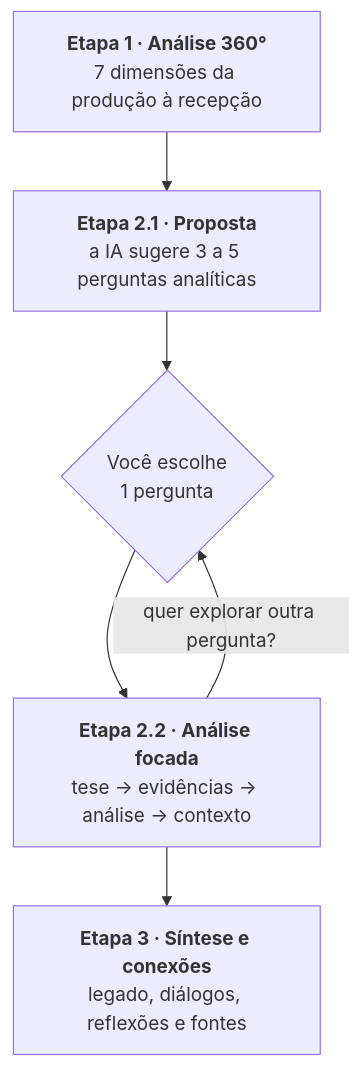
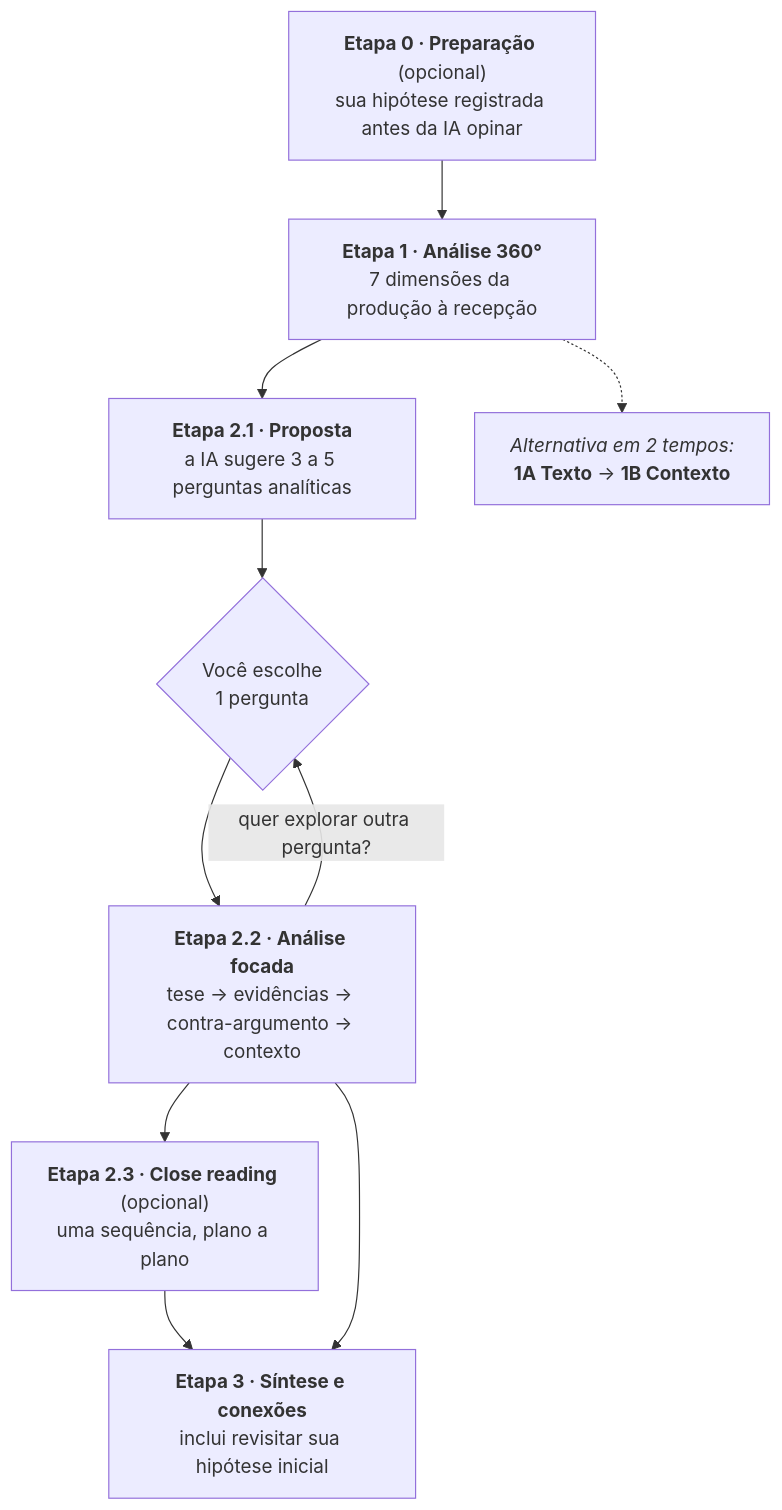
One commit to LucasRangel89/fluxo changed the diagram in docs/fluxo.md. Above: the diagram before and after it, drawn with Mermaid. The commit also changed other lines of this file and 29 other files, not shown here.

````diff
--- a/docs/fluxo.md
+++ b/docs/fluxo.md
@@ -14,8 +15,12 @@
 ```mermaid
 flowchart TD
-    A["<b>Etapa 1 · Análise 360°</b><br/>7 dimensões da produção à recepção"] --> B["<b>Etapa 2.1 · Proposta</b><br/>a IA sugere 3 a 5 perguntas analíticas"]
+    Z["<b>Etapa 0 · Preparação</b> (opcional)<br/>sua hipótese registrada antes da IA opinar"] --> A["<b>Etapa 1 · Análise 360°</b><br/>7 dimensões da produção à recepção"]
+    A --> B["<b>Etapa 2.1 · Proposta</b><br/>a IA sugere 3 a 5 perguntas analíticas"]
+    A -.-> A1["<i>Alternativa em 2 tempos:</i><br/><b>1A Texto</b> → <b>1B Contexto</b>"]
     B --> C{"Você escolhe<br/>1 pergunta"}
-    C --> D["<b>Etapa 2.2 · Análise focada</b><br/>tese → evidências → análise → contexto"]
+    C --> D["<b>Etapa 2.2 · Análise focada</b><br/>tese → evidências → contra-argumento → contexto"]
     D -->|"quer explorar outra pergunta?"| C
-    D --> E["<b>Etapa 3 · Síntese e conexões</b><br/>legado, diálogos, reflexões e fontes"]
+    D --> D3["<b>Etapa 2.3 · Close reading</b> (opcional)<br/>uma sequência, plano a plano"]
+    D3 --> E["<b>Etapa 3 · Síntese e conexões</b><br/>inclui revisitar sua hipótese inicial"]
+    D --> E
 ```
````
